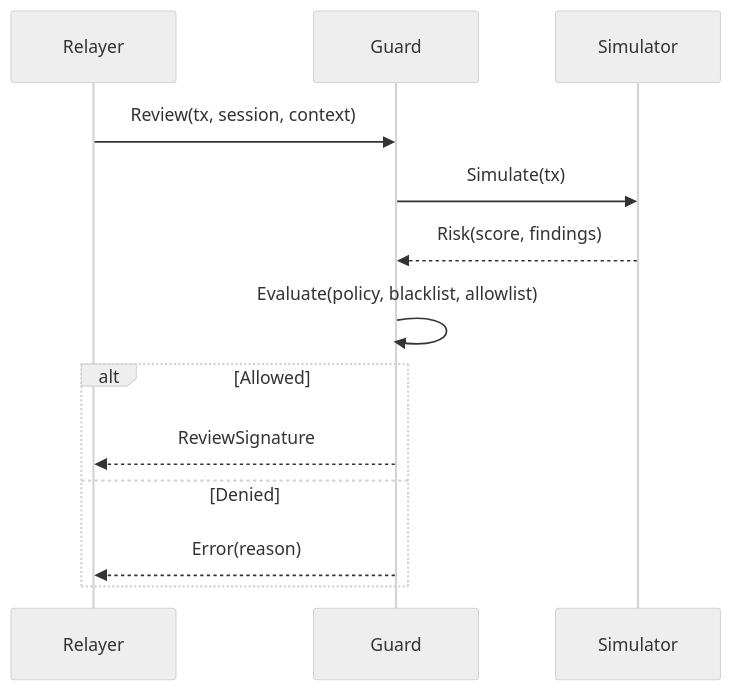
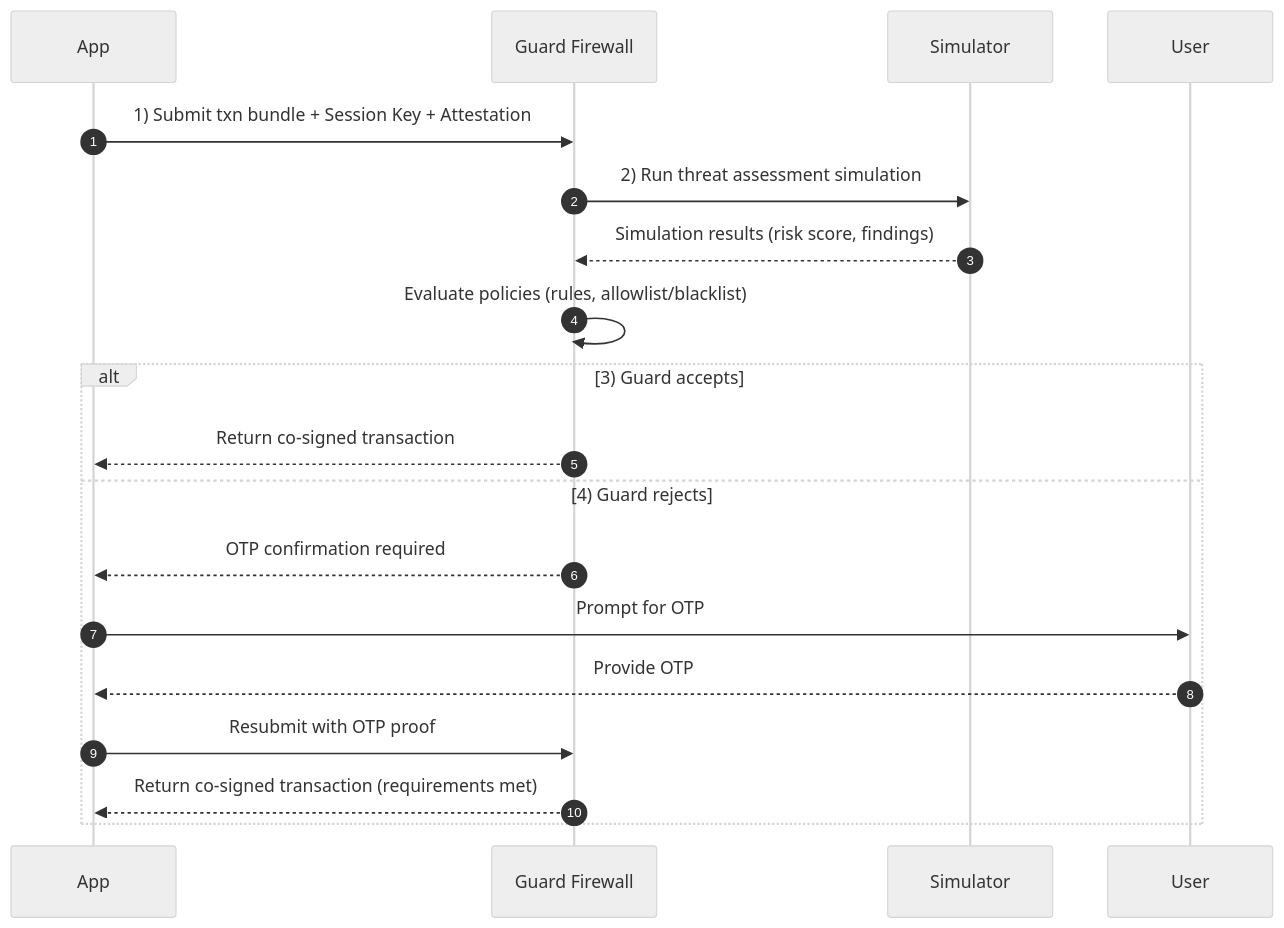
One commit to 0xsequence/docs changed the second of 2 diagrams in solutions/wallets/ecosystems/guard-firewall.mdx. Above: the diagram before and after it, drawn with Mermaid (neutral theme). The commit also changed 1 other file, not shown here.

Commit message:
Convert images to mermaid diagrams

````diff
--- a/solutions/wallets/ecosystems/guard-firewall.mdx
+++ b/solutions/wallets/ecosystems/guard-firewall.mdx
@@ -50,15 +50,23 @@
 ```mermaid
 sequenceDiagram
-  participant Relayer
-  participant Guard
-  participant Sim as Simulator
-  Relayer->>Guard: Review(tx, session, context)
-  Guard->>Sim: Simulate(tx)
-  Sim-->>Guard: Risk(score, findings)
-  Guard->>Guard: Evaluate(policy, blacklist, allowlist)
-  alt Allowed
-    Guard-->>Relayer: ReviewSignature
-  else Denied
-    Guard-->>Relayer: Error(reason)
-  end
+    autonumber
+    participant App as App
+    participant Guard as Guard Firewall
+    participant Sims as Simulator
+    participant User as User
+
+    App->>Guard: 1) Submit txn bundle + Session Key + Attestation
+    Guard->>Sims: 2) Run threat assessment simulation
+    Sims-->>Guard: Simulation results (risk score, findings)
+    Guard->>Guard: Evaluate policies (rules, allowlist/blacklist)
+
+    alt 3) Guard accepts
+        Guard-->>App: Return co-signed transaction
+    else 4) Guard rejects
+        Guard-->>App: OTP confirmation required
+        App->>User: Prompt for OTP
+        User-->>App: Provide OTP
+        App->>Guard: Resubmit with OTP proof
+        Guard-->>App: Return co-signed transaction (requirements met)
+    end
 ```
````
